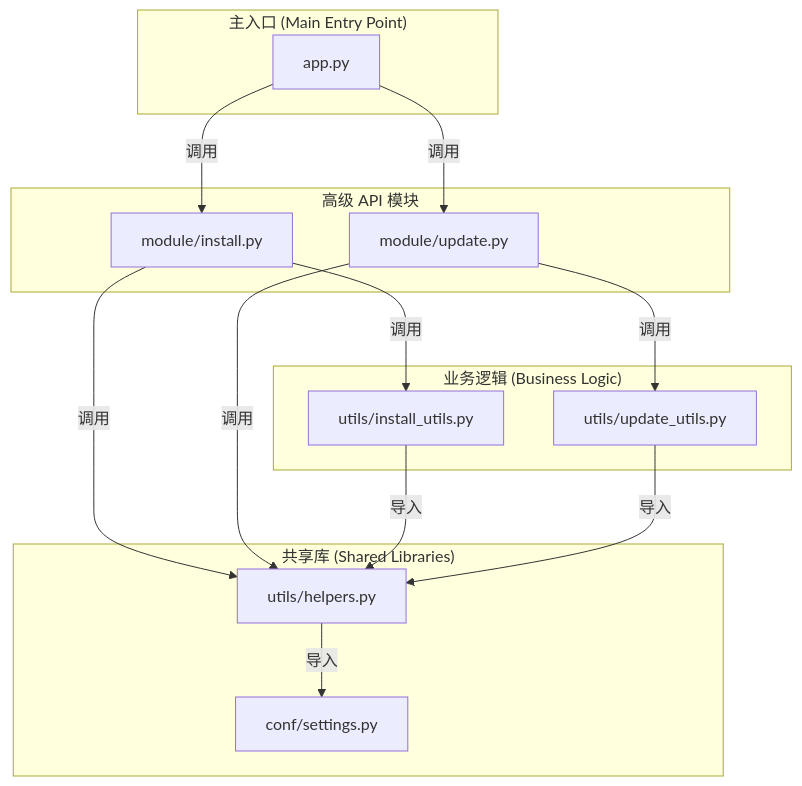
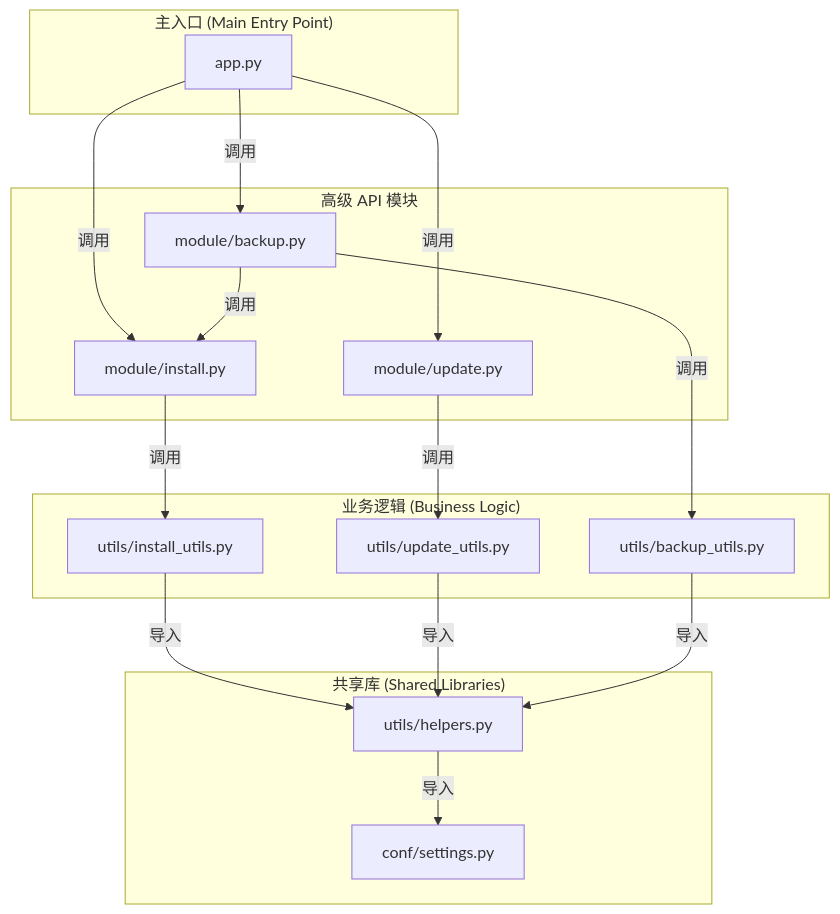
Before and after one commit to greenhandzdl/nekro-agent-toolkit: the diagram in develop.md, drawn with Mermaid. The commit also changed other lines of this file and 8 other files, not shown here.

````diff
--- a/develop.md
+++ b/develop.md
@@ -24,34 +28,38 @@
 ```mermaid
 graph TD
     subgraph "主入口 (Main Entry Point)"
         APP["app.py"];
     end
 
     subgraph "高级 API 模块"
-        A["module/install.py"];
-        B["module/update.py"];
+        INSTALL["module/install.py"];
+        UPDATE["module/update.py"];
+        BACKUP["module/backup.py"];
     end
 
     subgraph "业务逻辑 (Business Logic)"
-        C["utils/install_utils.py"];
-        D["utils/update_utils.py"];
+        INSTALL_UTILS["utils/install_utils.py"];
+        UPDATE_UTILS["utils/update_utils.py"];
+        BACKUP_UTILS["utils/backup_utils.py"];
     end
 
     subgraph "共享库 (Shared Libraries)"
-        E["utils/helpers.py"];
-        F["conf/settings.py"];
+        HELPERS["utils/helpers.py"];
+        CONF["conf/settings.py"];
     end
 
-    APP -- 调用 --> A;
-    APP -- 调用 --> B;
+    APP -- 调用 --> INSTALL;
+    APP -- 调用 --> UPDATE;
+    APP -- 调用 --> BACKUP;
 
-    A -- 调用 --> C;
-    A -- 调用 --> E;
-    B -- 调用 --> D;
-    B -- 调用 --> E;
+    INSTALL -- 调用 --> INSTALL_UTILS;
+    UPDATE -- 调用 --> UPDATE_UTILS;
+    BACKUP -- 调用 --> BACKUP_UTILS;
+    BACKUP -- 调用 --> INSTALL;
+    
+    INSTALL_UTILS -- 导入 --> HELPERS;
+    UPDATE_UTILS -- 导入 --> HELPERS;
+    BACKUP_UTILS -- 导入 --> HELPERS;
 
-    C -- 导入 --> E;
-    D -- 导入 --> E;
-
-    E -- 导入 --> F;
+    HELPERS -- 导入 --> CONF;
 ```
````
